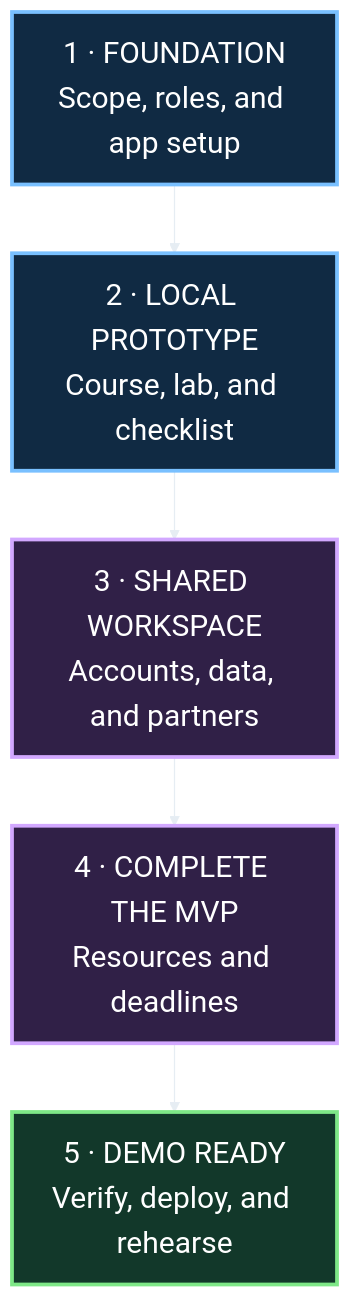
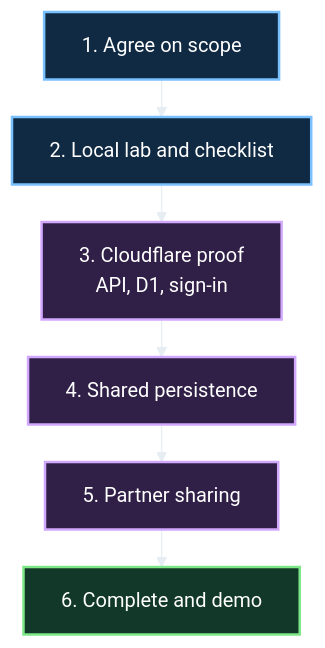
One commit to yumnasiddqui/Project-Sprint-Lab-Report-Buddy changed the fifth of 5 diagrams in PLAN.md. Above: the diagram before and after it, drawn with Mermaid. The commit also changed other lines of this file, not shown here.

Commit message:
Revise LabBuddy plan for Cloudflare and team coursework

````diff
--- a/PLAN.md
+++ b/PLAN.md
@@ -171,18 +350,17 @@
 ```mermaid
-%%{init: {"theme":"base","themeVariables":{"background":"#0D1117","primaryColor":"#102A43","primaryTextColor":"#FFFFFF","primaryBorderColor":"#58A6FF","lineColor":"#E6EDF3","fontSize":"24px","fontFamily":"Arial"},"flowchart":{"htmlLabels":true,"curve":"linear","nodeSpacing":40,"rankSpacing":55}}}%%
+%%{init: {"theme":"base","themeVariables":{"background":"#0D1117","primaryColor":"#102A43","primaryTextColor":"#FFFFFF","primaryBorderColor":"#79C0FF","lineColor":"#E6EDF3","fontSize":"16px","fontFamily":"Arial"},"flowchart":{"htmlLabels":true,"curve":"linear","nodeSpacing":25,"rankSpacing":30}}}%%
 flowchart TD
-    accTitle: LabBuddy delivery stages
-    accDescr: Agree on scope, build the local checklist flow, add shared accounts and data, complete the resource and deadline features, then validate and prepare the demo.
-    A["1 · FOUNDATION<br/>Scope, roles, and app setup"]
-    B["2 · LOCAL PROTOTYPE<br/>Course, lab, and checklist"]
-    C["3 · SHARED WORKSPACE<br/>Accounts, data, and partners"]
-    D["4 · COMPLETE THE MVP<br/>Resources and deadlines"]
-    E["5 · DEMO READY<br/>Verify, deploy, and rehearse"]
-    A --> B --> C --> D --> E
-    classDef blue fill:#102A43,stroke:#79C0FF,color:#FFFFFF,stroke-width:3px;
-    classDef purple fill:#302047,stroke:#D2A8FF,color:#FFFFFF,stroke-width:3px;
-    classDef green fill:#12382A,stroke:#7EE787,color:#FFFFFF,stroke-width:3px;
+    accTitle: Delivery stages
+    accDescr: Agree on scope, build the local workflow, prove Cloudflare deployment, add persistence and sharing, then complete the demo.
+    A["1. Agree on scope"] --> B["2. Local lab and checklist"]
+    B --> C["3. Cloudflare proof<br/>API, D1, sign-in"]
+    C --> D["4. Shared persistence"]
+    D --> E["5. Partner sharing"]
+    E --> F["6. Complete and demo"]
+    classDef blue fill:#102A43,stroke:#79C0FF,color:#FFFFFF,stroke-width:2px;
+    classDef purple fill:#302047,stroke:#D2A8FF,color:#FFFFFF,stroke-width:2px;
+    classDef green fill:#12382A,stroke:#7EE787,color:#FFFFFF,stroke-width:2px;
     class A,B blue;
-    class C,D purple;
-    class E green;
+    class C,D,E purple;
+    class F green;
 ```
````
